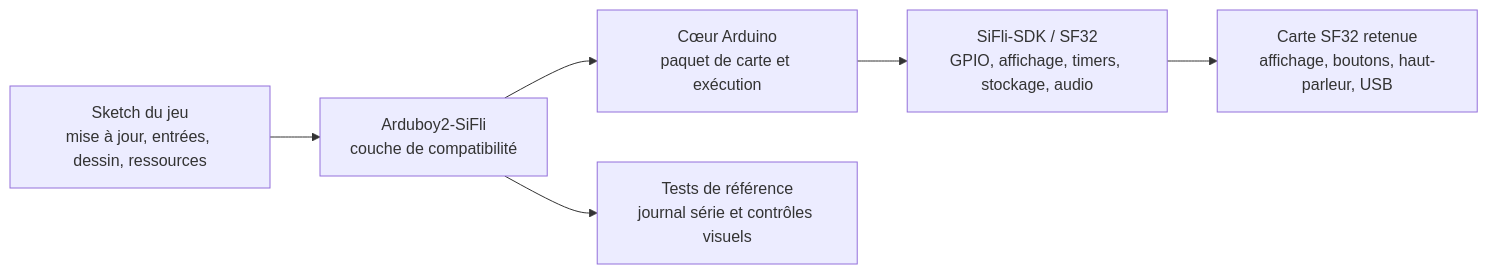
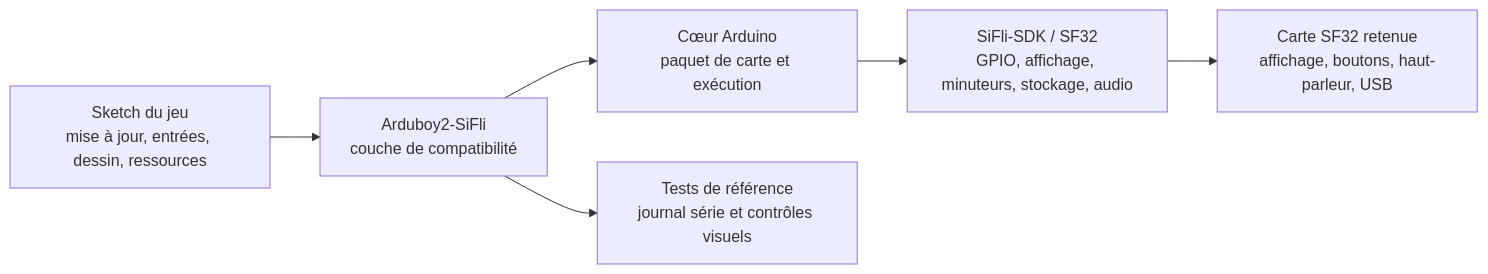
Before and after one commit to uForge-io/uforge-site: the diagram in docs_fr/projects/arduboy2-sifli.md, drawn with Mermaid. The commit also changed other lines of this file and 500 other files, not shown here.

````diff
--- a/docs_fr/projects/arduboy2-sifli.md
+++ b/docs_fr/projects/arduboy2-sifli.md
@@ -137,8 +137,8 @@
 ```mermaid
 flowchart LR
     G["Sketch du jeu\nmise à jour, entrées, dessin, ressources"] --> A["Arduboy2-SiFli\ncouche de compatibilité"]
     A --> C["Cœur Arduino\npaquet de carte et exécution"]
-    C --> S["SiFli-SDK / SF32\nGPIO, affichage, timers, stockage, audio"]
+    C --> S["SiFli-SDK / SF32\nGPIO, affichage, minuteurs, stockage, audio"]
     S --> H["Carte SF32 retenue\naffichage, boutons, haut-parleur, USB"]
     A --> R["Tests de référence\njournal série et contrôles visuels"]
 ```
````
